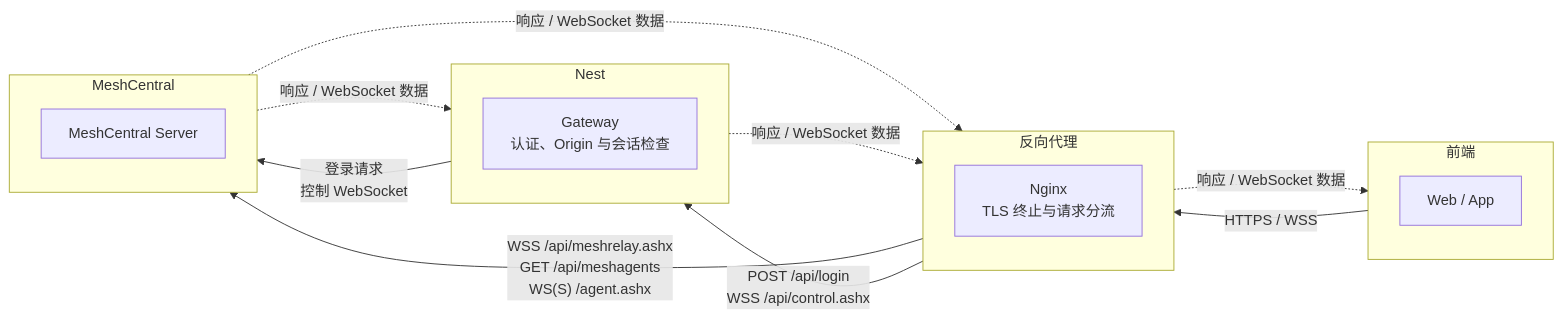
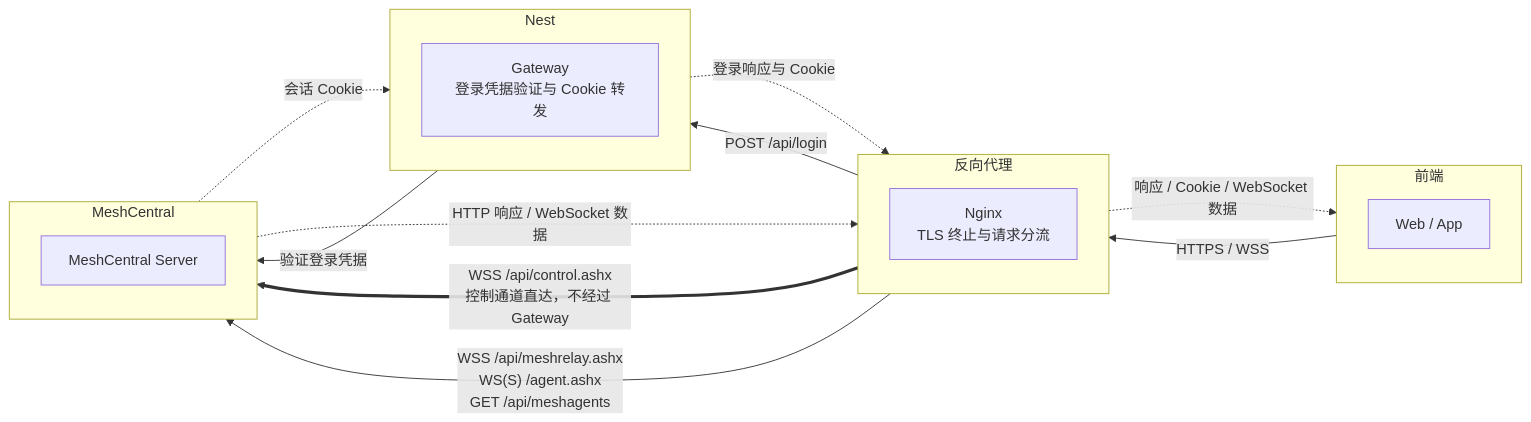
Before and after one commit to XiaoLop/nodexa-rmm: the diagram in deploy/README.md, drawn with Mermaid. The commit also changed other lines of this file and 4 other files, not shown here.

````diff
--- a/deploy/README.md
+++ b/deploy/README.md
@@ -80,31 +80,32 @@
 ```mermaid
 flowchart LR
   subgraph frontend["前端"]
     direction TB
     browser["Web / App"]
   end
 
   subgraph reverseProxy["反向代理"]
     direction TB
     nginx["Nginx<br/>TLS 终止与请求分流"]
   end
 
   subgraph nest["Nest"]
     direction TB
-    gateway["Gateway<br/>认证、Origin 与会话检查"]
+    gateway["Gateway<br/>登录凭据验证与 Cookie 转发"]
   end
 
   subgraph meshcentralLayer["MeshCentral"]
     direction TB
     meshcentral["MeshCentral Server"]
   end
 
   browser -->|"HTTPS / WSS"| nginx
-  nginx -->|"POST /api/login<br/>WSS /api/control.ashx"| gateway
-  gateway -->|"登录请求<br/>控制 WebSocket"| meshcentral
-  nginx -->|"WSS /api/meshrelay.ashx<br/>GET /api/meshagents<br/>WS(S) /agent.ashx"| meshcentral
-  meshcentral -.->|"响应 / WebSocket 数据"| gateway
-  gateway -.->|"响应 / WebSocket 数据"| nginx
-  meshcentral -.->|"响应 / WebSocket 数据"| nginx
-  nginx -.->|"响应 / WebSocket 数据"| browser
+  nginx -->|"POST /api/login"| gateway
+  gateway -->|"验证登录凭据"| meshcentral
+  meshcentral -.->|"会话 Cookie"| gateway
+  gateway -.->|"登录响应与 Cookie"| nginx
+  nginx ==>|"WSS /api/control.ashx<br/>控制通道直达，不经过 Gateway"| meshcentral
+  nginx -->|"WSS /api/meshrelay.ashx<br/>WS(S) /agent.ashx<br/>GET /api/meshagents"| meshcentral
+  meshcentral -.->|"HTTP 响应 / WebSocket 数据"| nginx
+  nginx -.->|"响应 / Cookie / WebSocket 数据"| browser
 ```
````
